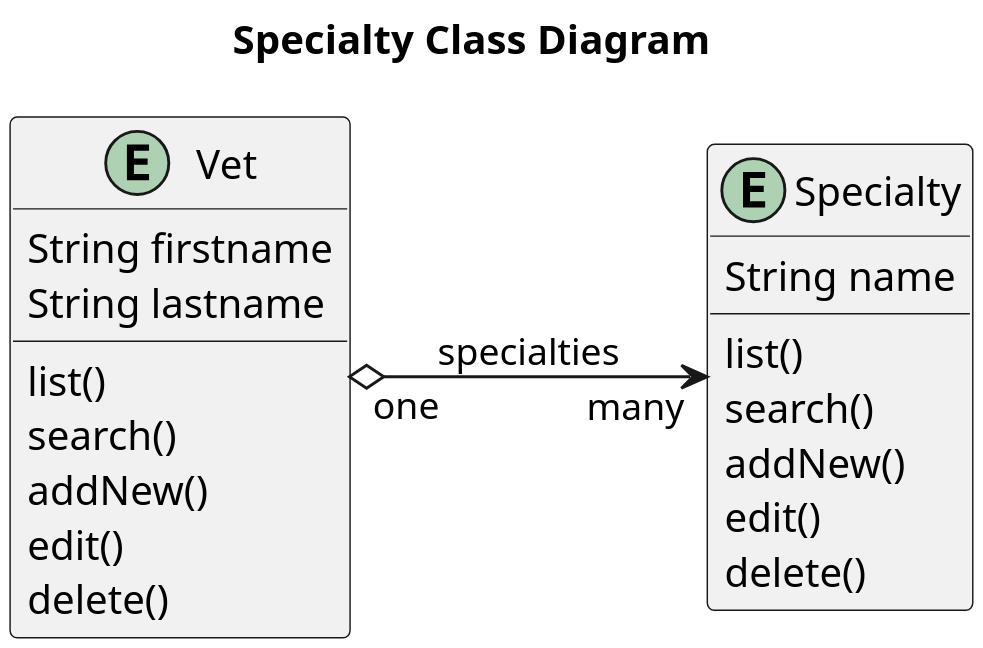
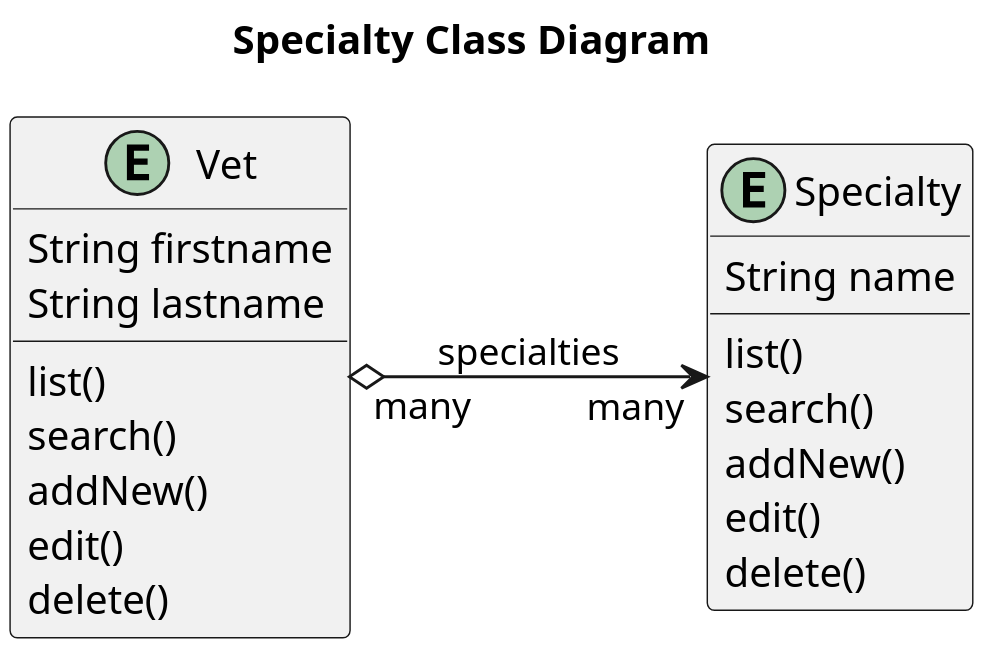
Before and after one commit to Jakarta-EE-Petclinic/petclinic-uml: the diagram in etc/puml/vet/specialty/Specialty__Domain_Class_Modell.puml, drawn with PlantUML. The commit also changed 3 other files, not shown here.

```diff
--- a/etc/puml/vet/specialty/Specialty__Domain_Class_Modell.puml
+++ b/etc/puml/vet/specialty/Specialty__Domain_Class_Modell.puml
@@ -1,32 +1,32 @@
 @startuml
 
 title Specialty Class Diagram
 'https://plantuml.com/class-diagram
 
 left to right direction
 'top to bottom direction
 
 scale 1000 width
 
 entity Vet {
     String firstname
     String lastname
     list()
     search()
     addNew()
     edit()
     delete()
 }
 
 entity Specialty {
     String name
     list()
     search()
     addNew()
     edit()
     delete()
 }
 
-Vet "one" o--> "many" Specialty: specialties
+Vet "many" o--> "many" Specialty: specialties
 
 @enduml
```
